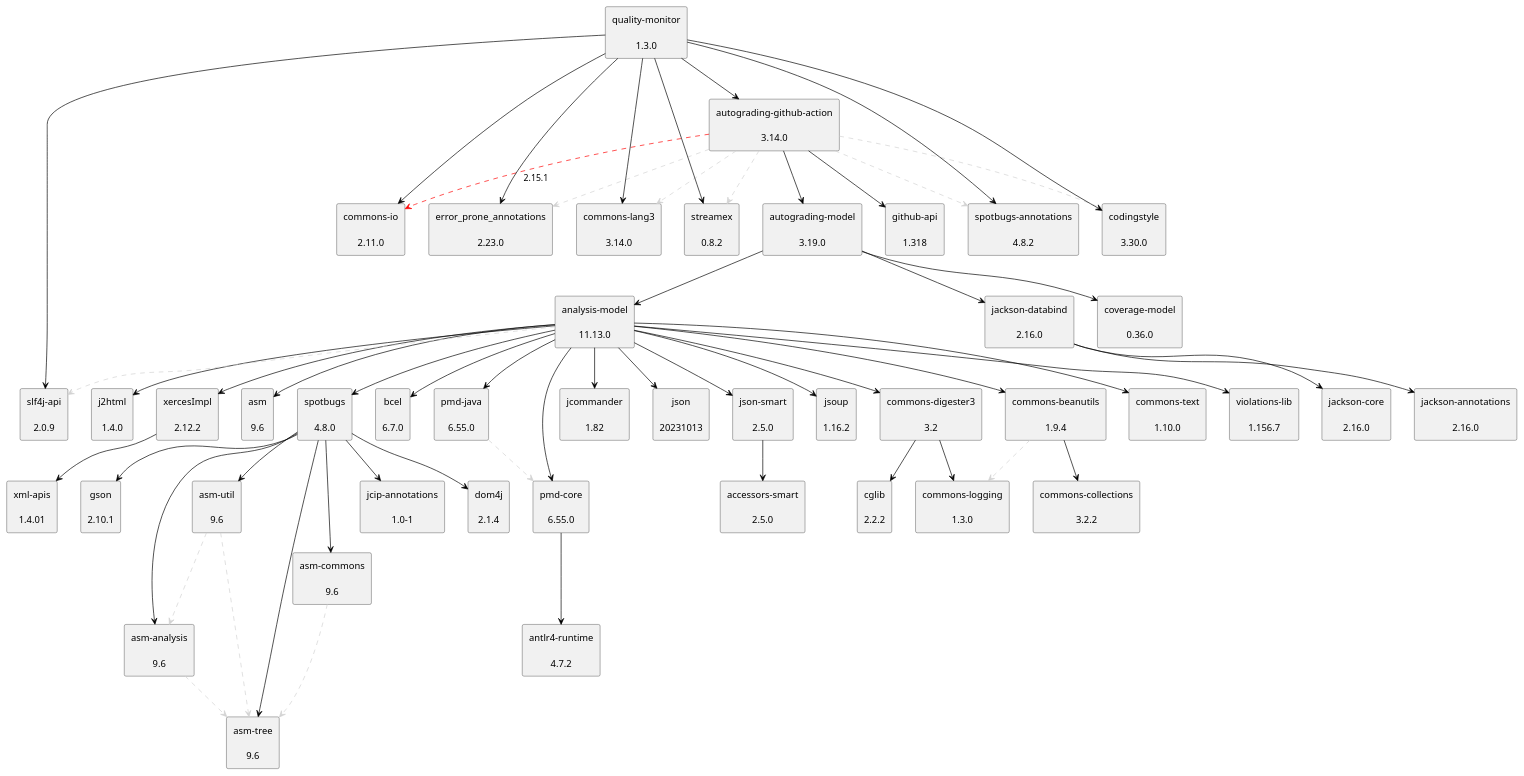
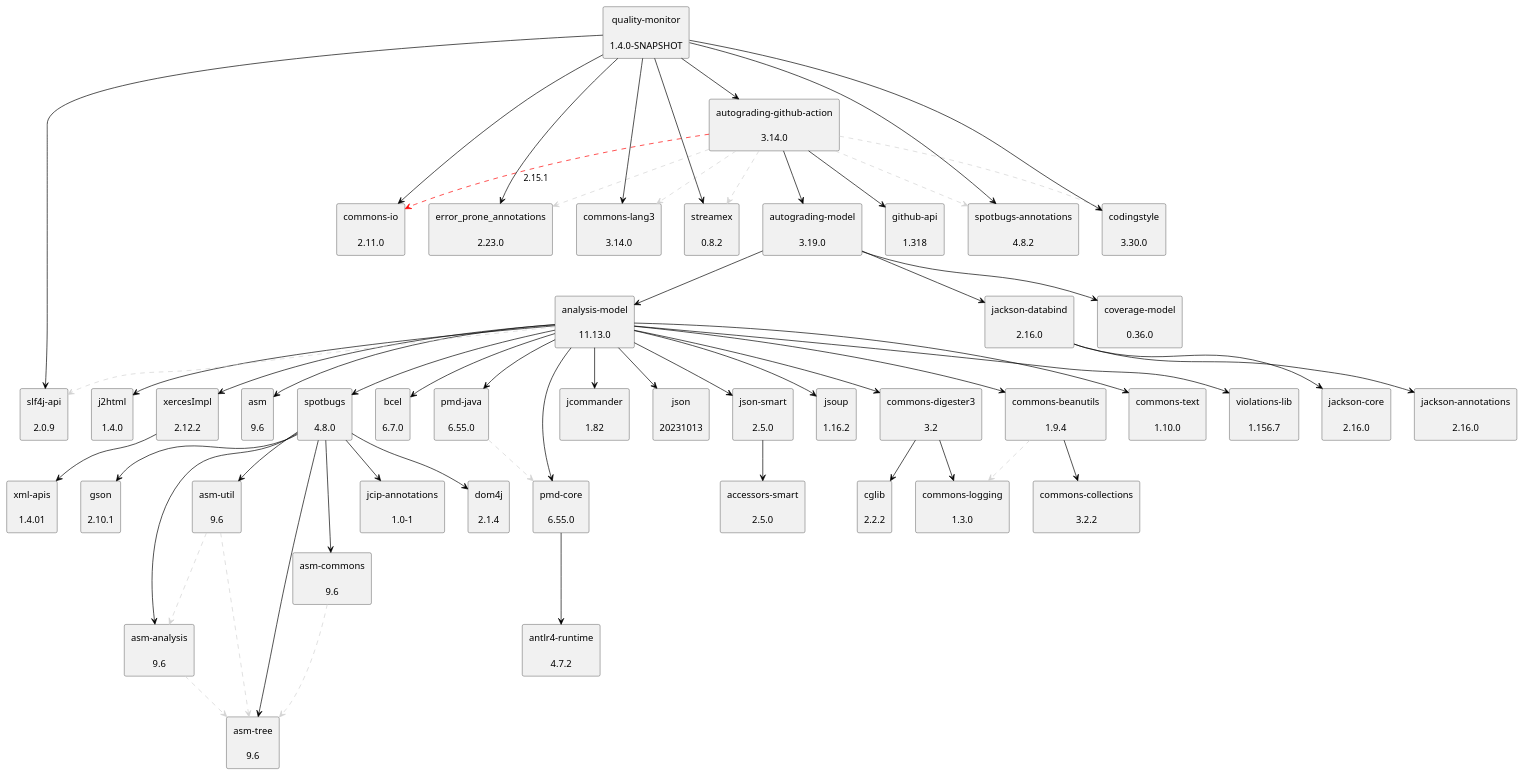
One commit to uhafner/quality-monitor changed the diagram in doc/dependency-graph.puml. Above: the diagram before and after it, drawn with PlantUML. The commit also changed 3 other files, not shown here.

```diff
--- a/doc/dependency-graph.puml
+++ b/doc/dependency-graph.puml
@@ -1,109 +1,109 @@
 @startuml
 skinparam defaultTextAlignment center
 skinparam rectangle {
   BackgroundColor<<optional>> beige
   BackgroundColor<<test>> lightGreen
   BackgroundColor<<runtime>> lightBlue
   BackgroundColor<<provided>> lightGray
 }
 rectangle "analysis-model\n\n11.13.0" as edu_hm_hafner_analysis_model_jar
 rectangle "jsoup\n\n1.16.2" as org_jsoup_jsoup_jar
 rectangle "commons-digester3\n\n3.2" as org_apache_commons_commons_digester3_jar
 rectangle "cglib\n\n2.2.2" as cglib_cglib_jar
 rectangle "commons-logging\n\n1.3.0" as commons_logging_commons_logging_jar
 rectangle "commons-beanutils\n\n1.9.4" as commons_beanutils_commons_beanutils_jar
 rectangle "commons-collections\n\n3.2.2" as commons_collections_commons_collections_jar
 rectangle "commons-text\n\n1.10.0" as org_apache_commons_commons_text_jar
 rectangle "violations-lib\n\n1.156.7" as se_bjurr_violations_violations_lib_jar
 rectangle "j2html\n\n1.4.0" as com_j2html_j2html_jar
 rectangle "xercesImpl\n\n2.12.2" as xerces_xercesImpl_jar
 rectangle "xml-apis\n\n1.4.01" as xml_apis_xml_apis_jar
 rectangle "asm\n\n9.6" as org_ow2_asm_asm_jar
 rectangle "asm-analysis\n\n9.6" as org_ow2_asm_asm_analysis_jar
 rectangle "asm-tree\n\n9.6" as org_ow2_asm_asm_tree_jar
 rectangle "spotbugs\n\n4.8.0" as com_github_spotbugs_spotbugs_jar
 rectangle "asm-commons\n\n9.6" as org_ow2_asm_asm_commons_jar
 rectangle "asm-util\n\n9.6" as org_ow2_asm_asm_util_jar
 rectangle "jcip-annotations\n\n1.0-1" as com_github_stephenc_jcip_jcip_annotations_jar
 rectangle "dom4j\n\n2.1.4" as org_dom4j_dom4j_jar
 rectangle "gson\n\n2.10.1" as com_google_code_gson_gson_jar
 rectangle "bcel\n\n6.7.0" as org_apache_bcel_bcel_jar
 rectangle "pmd-core\n\n6.55.0" as net_sourceforge_pmd_pmd_core_jar
 rectangle "antlr4-runtime\n\n4.7.2" as org_antlr_antlr4_runtime_jar
 rectangle "jcommander\n\n1.82" as com_beust_jcommander_jar
 rectangle "pmd-java\n\n6.55.0" as net_sourceforge_pmd_pmd_java_jar
 rectangle "json\n\n20231013" as org_json_json_jar
 rectangle "json-smart\n\n2.5.0" as net_minidev_json_smart_jar
 rectangle "accessors-smart\n\n2.5.0" as net_minidev_accessors_smart_jar
 rectangle "slf4j-api\n\n2.0.9" as org_slf4j_slf4j_api_jar
 rectangle "autograding-model\n\n3.19.0" as edu_hm_hafner_autograding_model_jar
 rectangle "coverage-model\n\n0.36.0" as edu_hm_hafner_coverage_model_jar
 rectangle "jackson-databind\n\n2.16.0" as com_fasterxml_jackson_core_jackson_databind_jar
 rectangle "jackson-annotations\n\n2.16.0" as com_fasterxml_jackson_core_jackson_annotations_jar
 rectangle "jackson-core\n\n2.16.0" as com_fasterxml_jackson_core_jackson_core_jar
 rectangle "autograding-github-action\n\n3.14.0" as edu_hm_hafner_autograding_github_action_jar
 rectangle "github-api\n\n1.318" as org_kohsuke_github_api_jar
 rectangle "commons-io\n\n2.11.0" as commons_io_commons_io_jar
 rectangle "commons-lang3\n\n3.14.0" as org_apache_commons_commons_lang3_jar
 rectangle "spotbugs-annotations\n\n4.8.2" as com_github_spotbugs_spotbugs_annotations_jar
 rectangle "error_prone_annotations\n\n2.23.0" as com_google_errorprone_error_prone_annotations_jar
 rectangle "streamex\n\n0.8.2" as one_util_streamex_jar
 rectangle "codingstyle\n\n3.30.0" as edu_hm_hafner_codingstyle_jar
-rectangle "quality-monitor\n\n1.3.0" as edu_hm_hafner_quality_monitor_jar
+rectangle "quality-monitor\n\n1.4.0-SNAPSHOT" as edu_hm_hafner_quality_monitor_jar
 edu_hm_hafner_analysis_model_jar -[#000000]-> org_jsoup_jsoup_jar
 org_apache_commons_commons_digester3_jar -[#000000]-> cglib_cglib_jar
 org_apache_commons_commons_digester3_jar -[#000000]-> commons_logging_commons_logging_jar
 edu_hm_hafner_analysis_model_jar -[#000000]-> org_apache_commons_commons_digester3_jar
 commons_beanutils_commons_beanutils_jar .[#D3D3D3].> commons_logging_commons_logging_jar
 commons_beanutils_commons_beanutils_jar -[#000000]-> commons_collections_commons_collections_jar
 edu_hm_hafner_analysis_model_jar -[#000000]-> commons_beanutils_commons_beanutils_jar
 edu_hm_hafner_analysis_model_jar -[#000000]-> org_apache_commons_commons_text_jar
 edu_hm_hafner_analysis_model_jar -[#000000]-> se_bjurr_violations_violations_lib_jar
 edu_hm_hafner_analysis_model_jar -[#000000]-> com_j2html_j2html_jar
 xerces_xercesImpl_jar -[#000000]-> xml_apis_xml_apis_jar
 edu_hm_hafner_analysis_model_jar -[#000000]-> xerces_xercesImpl_jar
 edu_hm_hafner_analysis_model_jar -[#000000]-> org_ow2_asm_asm_jar
 org_ow2_asm_asm_analysis_jar .[#D3D3D3].> org_ow2_asm_asm_tree_jar
 com_github_spotbugs_spotbugs_jar -[#000000]-> org_ow2_asm_asm_analysis_jar
 org_ow2_asm_asm_commons_jar .[#D3D3D3].> org_ow2_asm_asm_tree_jar
 com_github_spotbugs_spotbugs_jar -[#000000]-> org_ow2_asm_asm_commons_jar
 com_github_spotbugs_spotbugs_jar -[#000000]-> org_ow2_asm_asm_tree_jar
 org_ow2_asm_asm_util_jar .[#D3D3D3].> org_ow2_asm_asm_tree_jar
 org_ow2_asm_asm_util_jar .[#D3D3D3].> org_ow2_asm_asm_analysis_jar
 com_github_spotbugs_spotbugs_jar -[#000000]-> org_ow2_asm_asm_util_jar
 com_github_spotbugs_spotbugs_jar -[#000000]-> com_github_stephenc_jcip_jcip_annotations_jar
 com_github_spotbugs_spotbugs_jar -[#000000]-> org_dom4j_dom4j_jar
 com_github_spotbugs_spotbugs_jar -[#000000]-> com_google_code_gson_gson_jar
 edu_hm_hafner_analysis_model_jar -[#000000]-> com_github_spotbugs_spotbugs_jar
 edu_hm_hafner_analysis_model_jar -[#000000]-> org_apache_bcel_bcel_jar
 net_sourceforge_pmd_pmd_core_jar -[#000000]-> org_antlr_antlr4_runtime_jar
 edu_hm_hafner_analysis_model_jar -[#000000]-> net_sourceforge_pmd_pmd_core_jar
 edu_hm_hafner_analysis_model_jar -[#000000]-> com_beust_jcommander_jar
 net_sourceforge_pmd_pmd_java_jar .[#D3D3D3].> net_sourceforge_pmd_pmd_core_jar
 edu_hm_hafner_analysis_model_jar -[#000000]-> net_sourceforge_pmd_pmd_java_jar
 edu_hm_hafner_analysis_model_jar -[#000000]-> org_json_json_jar
 net_minidev_json_smart_jar -[#000000]-> net_minidev_accessors_smart_jar
 edu_hm_hafner_analysis_model_jar -[#000000]-> net_minidev_json_smart_jar
 edu_hm_hafner_analysis_model_jar .[#D3D3D3].> org_slf4j_slf4j_api_jar
 edu_hm_hafner_autograding_model_jar -[#000000]-> edu_hm_hafner_analysis_model_jar
 edu_hm_hafner_autograding_model_jar -[#000000]-> edu_hm_hafner_coverage_model_jar
 com_fasterxml_jackson_core_jackson_databind_jar -[#000000]-> com_fasterxml_jackson_core_jackson_annotations_jar
 com_fasterxml_jackson_core_jackson_databind_jar -[#000000]-> com_fasterxml_jackson_core_jackson_core_jar
 edu_hm_hafner_autograding_model_jar -[#000000]-> com_fasterxml_jackson_core_jackson_databind_jar
 edu_hm_hafner_autograding_github_action_jar -[#000000]-> edu_hm_hafner_autograding_model_jar
 edu_hm_hafner_autograding_github_action_jar -[#000000]-> org_kohsuke_github_api_jar
 edu_hm_hafner_autograding_github_action_jar .[#FF0000].> commons_io_commons_io_jar: 2.15.1
 edu_hm_hafner_autograding_github_action_jar .[#D3D3D3].> org_apache_commons_commons_lang3_jar
 edu_hm_hafner_autograding_github_action_jar .[#D3D3D3].> com_github_spotbugs_spotbugs_annotations_jar
 edu_hm_hafner_autograding_github_action_jar .[#D3D3D3].> com_google_errorprone_error_prone_annotations_jar
 edu_hm_hafner_autograding_github_action_jar .[#D3D3D3].> one_util_streamex_jar
 edu_hm_hafner_autograding_github_action_jar .[#D3D3D3].> edu_hm_hafner_codingstyle_jar
 edu_hm_hafner_quality_monitor_jar -[#000000]-> edu_hm_hafner_autograding_github_action_jar
 edu_hm_hafner_quality_monitor_jar -[#000000]-> org_slf4j_slf4j_api_jar
 edu_hm_hafner_quality_monitor_jar -[#000000]-> com_github_spotbugs_spotbugs_annotations_jar
 edu_hm_hafner_quality_monitor_jar -[#000000]-> com_google_errorprone_error_prone_annotations_jar
 edu_hm_hafner_quality_monitor_jar -[#000000]-> one_util_streamex_jar
 edu_hm_hafner_quality_monitor_jar -[#000000]-> edu_hm_hafner_codingstyle_jar
 edu_hm_hafner_quality_monitor_jar -[#000000]-> org_apache_commons_commons_lang3_jar
 edu_hm_hafner_quality_monitor_jar -[#000000]-> commons_io_commons_io_jar
 @enduml
```
